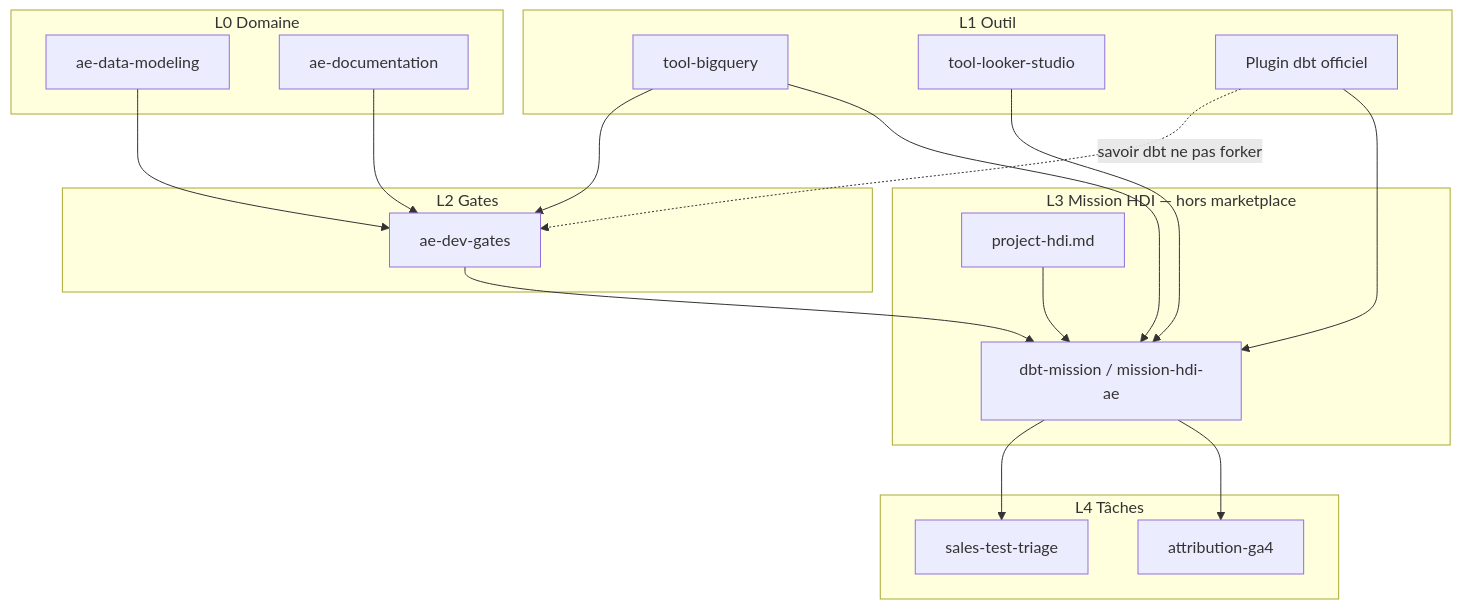
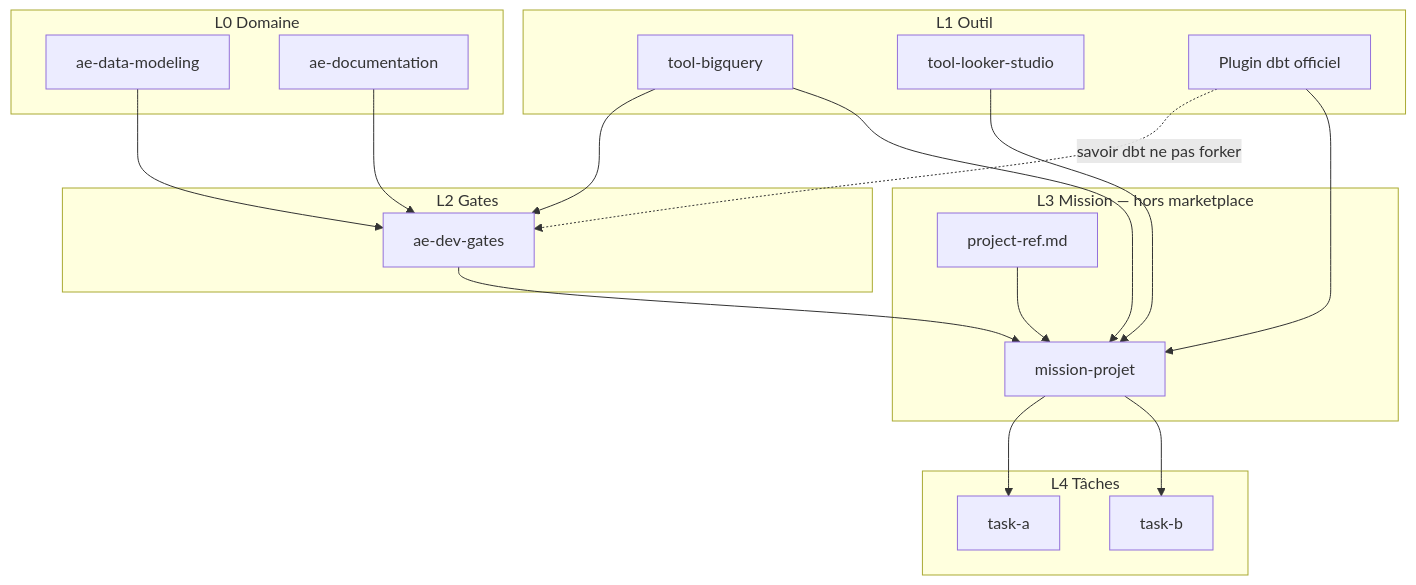
One commit to doudjol57/ae-agent-skills changed the first of 4 diagrams in skills/ae-corpus/architecture.md. Above: the diagram before and after it, drawn with Mermaid. The commit also changed other lines of this file and 4 other files, not shown here.

First line of the commit message:
docs: make L3 mission layer project-agnostic (#1)

````diff
--- a/skills/ae-corpus/architecture.md
+++ b/skills/ae-corpus/architecture.md
@@ -5,39 +5,39 @@
 ```mermaid
 flowchart TB
   subgraph L0 [L0 Domaine]
     ADM[ae-data-modeling]
     ADOc[ae-documentation]
   end
 
   subgraph L1 [L1 Outil]
     TBQ[tool-bigquery]
     TLS[tool-looker-studio]
     PDBT[Plugin dbt officiel]
   end
 
   subgraph L2 [L2 Gates]
     GATES[ae-dev-gates]
   end
 
-  subgraph L3 [L3 Mission HDI — hors marketplace]
-    MH[dbt-mission / mission-hdi-ae]
-    PH[project-hdi.md]
+  subgraph L3 [L3 Mission — hors marketplace]
+    MH[mission-projet]
+    PH[project-ref.md]
   end
 
   subgraph L4 [L4 Tâches]
-    T1[sales-test-triage]
-    T2[attribution-ga4]
+    T1[task-a]
+    T2[task-b]
   end
 
   PDBT -.->|savoir dbt ne pas forker| GATES
   ADM --> GATES
   ADOc --> GATES
   TBQ --> GATES
   GATES --> MH
   TBQ --> MH
   TLS --> MH
   PDBT --> MH
   PH --> MH
   MH --> T1
   MH --> T2
 ```
````
